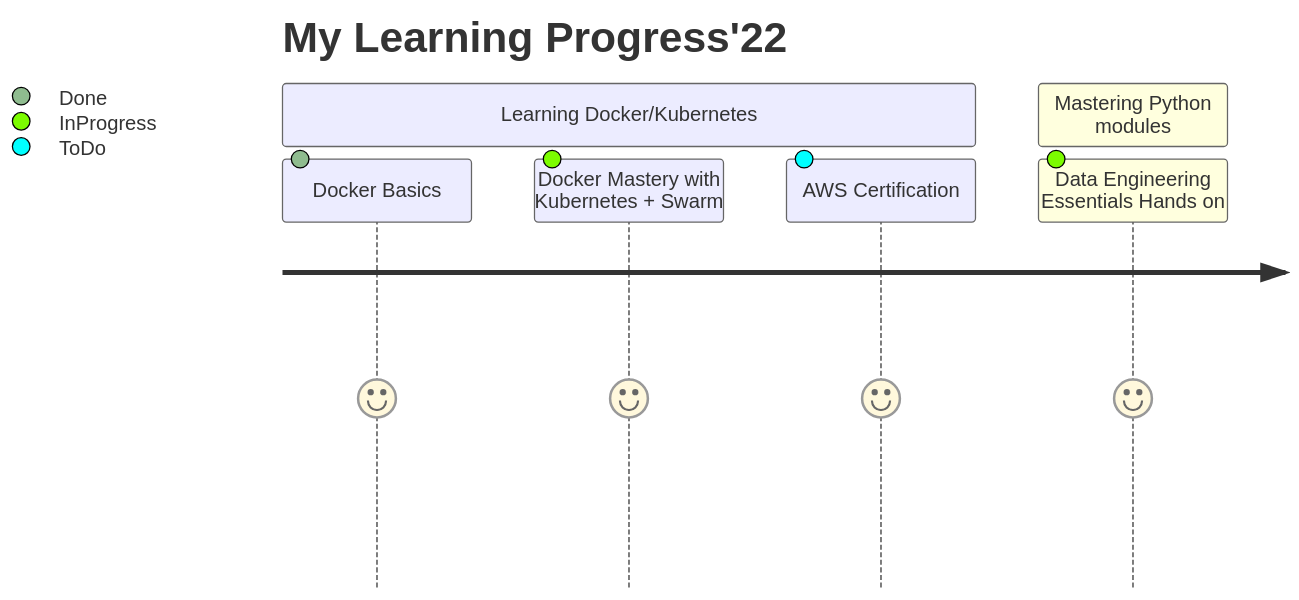
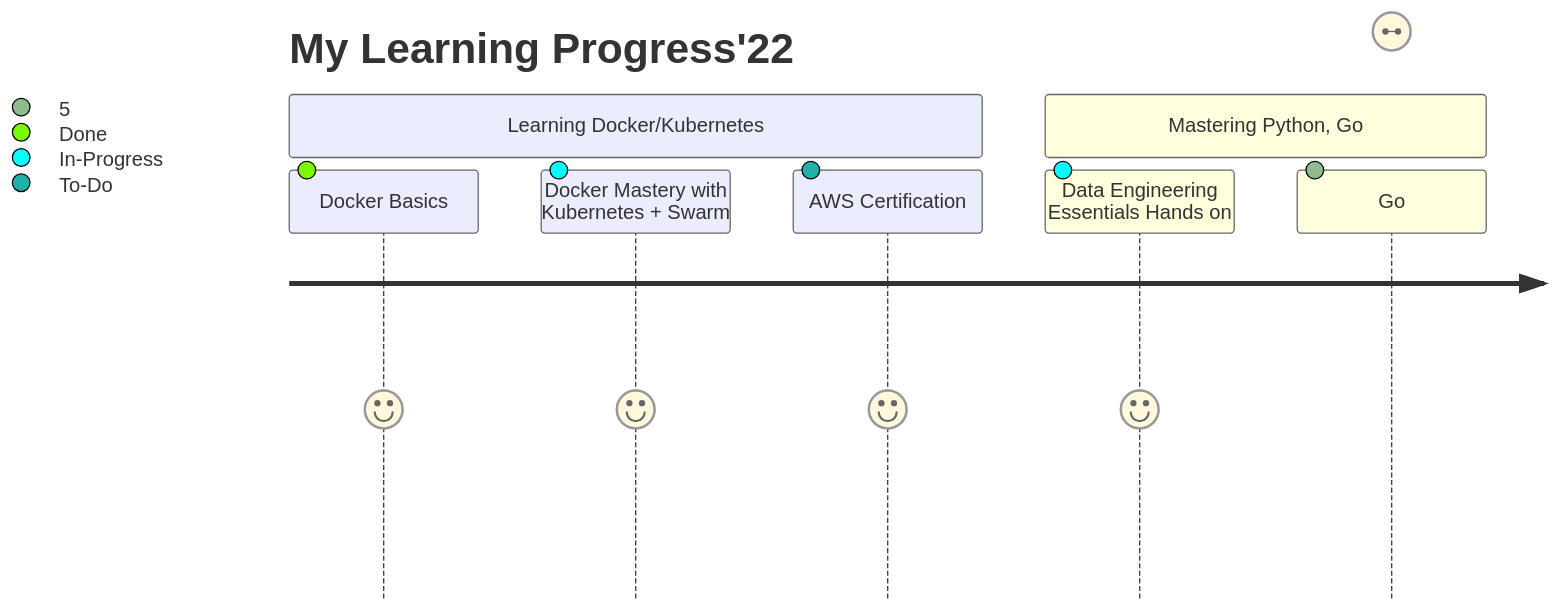
The diagram in README.md (valaks-tech/valaks-tech), drawn with Mermaid before and after one commit.

````diff
--- a/README.md
+++ b/README.md
@@ -12,10 +12,11 @@
 ```mermaid
 journey
     title My Learning Progress'22
     section Learning Docker/Kubernetes
       Docker Basics: 5: Done
-      Docker Mastery with Kubernetes + Swarm: 5: InProgress
-      AWS Certification: 5: ToDo
-    section Mastering Python modules
-      Data Engineering Essentials Hands on: 5: InProgress
+      Docker Mastery with Kubernetes + Swarm: 5: In-Progress
+      AWS Certification: 5: To-Do
+    section Mastering Python, Go
+      Data Engineering Essentials Hands on: 5: In-Progress
+      Go : The Complete Developer's Guide: 5: In-Progress
  ``` 
````
